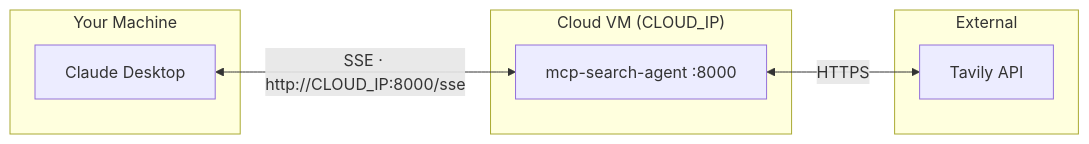
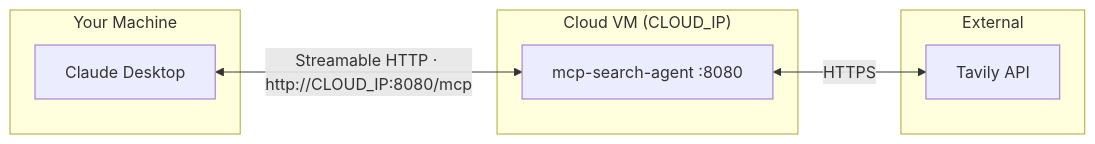
One commit to iportilla/agent-search changed the second of 6 diagrams in README.md. Above: the diagram before and after it, drawn with Mermaid. The commit also changed other lines of this file and 2 other files, not shown here.

````diff
--- a/README.md
+++ b/README.md
@@ -19,15 +19,15 @@
 ```mermaid
 graph LR
     subgraph Your Machine
         Claude[Claude Desktop]
     end
     subgraph Cloud VM ["Cloud VM (CLOUD_IP)"]
-        Server[mcp-search-agent :8000]
+        Server[mcp-search-agent :8080]
     end
     subgraph External
         Tavily[Tavily API]
     end
 
-    Claude <-->|"SSE · http://CLOUD_IP:8000/sse"| Server
+    Claude <-->|"Streamable HTTP · http://CLOUD_IP:8080/mcp"| Server
     Server <-->|HTTPS| Tavily
 ```
````
